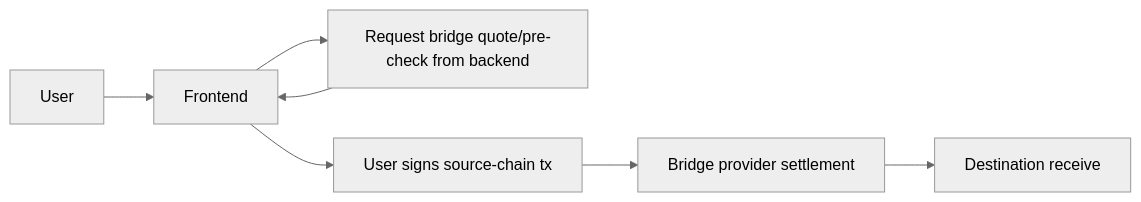
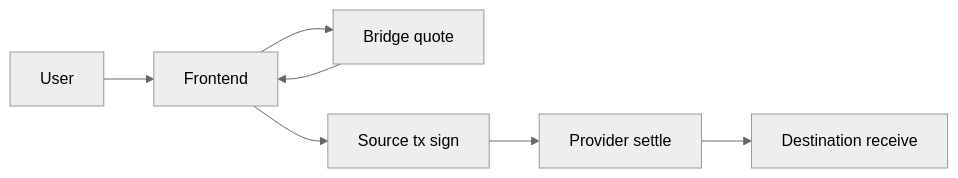
Before and after one commit to ntfound-dev/zkcarel_protocol: the third of 4 diagrams in frontend/README.md, drawn with Mermaid (neutral theme). The commit also changed other lines of this file, not shown here.

Commit message:
docs: simplify frontend Mermaid execution flow labels

````diff
--- a/frontend/README.md
+++ b/frontend/README.md
@@ -71,9 +71,9 @@
 ```mermaid
 flowchart LR
   U[User] --> FE[Frontend]
-  FE --> Q[Request bridge quote/pre-check from backend]
+  FE --> Q[Bridge quote]
   Q --> FE
-  FE --> W[User signs source-chain tx]
-  W --> P[Bridge provider settlement]
+  FE --> W[Source tx sign]
+  W --> P[Provider settle]
   P --> DST[Destination receive]
 ```
````
